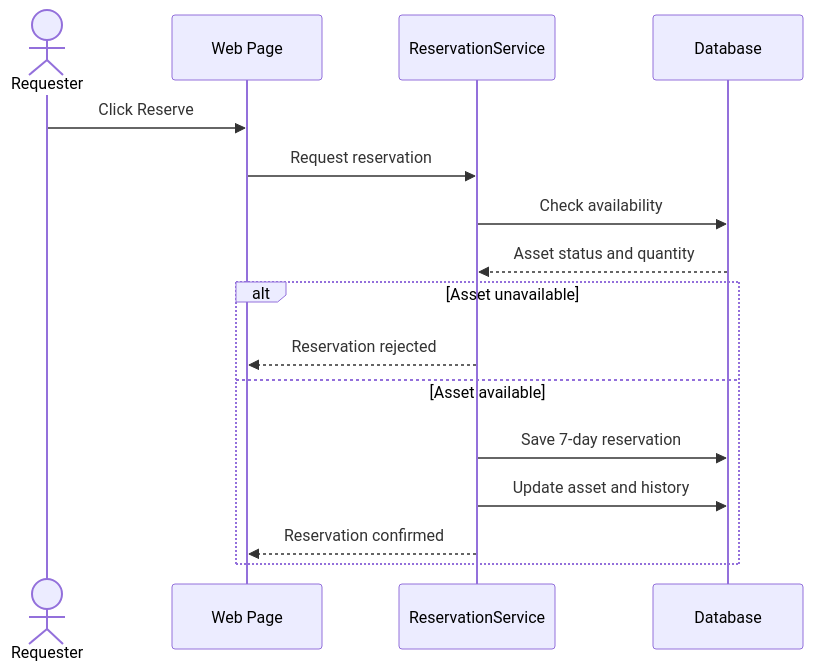
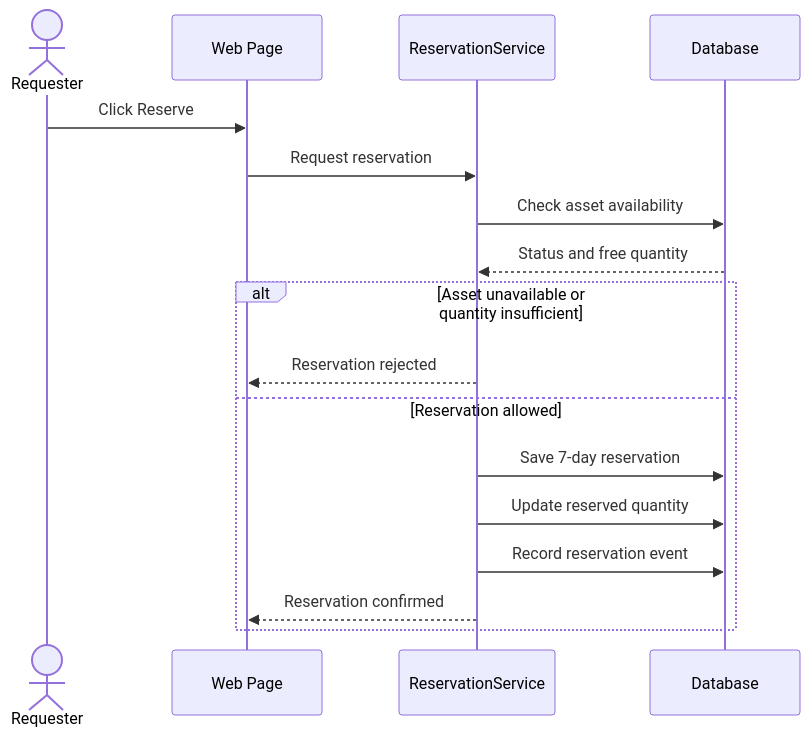
Before and after one commit to Abdulla66541/COSC336-GROUP5: the seventh of 12 diagrams in phase 4-5/01_part1_assets_marketplace_requests.md, drawn with Mermaid. The commit also changed other lines of this file, not shown here.

First line of the commit message:
Revise asset marketplace use case documentation

````diff
--- a/phase 4-5/01_part1_assets_marketplace_requests.md
+++ b/phase 4-5/01_part1_assets_marketplace_requests.md
@@ -462,20 +320,21 @@
 ```mermaid
 sequenceDiagram
     actor RQ as Requester
     participant UI as Web Page
     participant S as ReservationService
     participant DB as Database
 
     RQ->>UI: Click Reserve
     UI->>S: Request reservation
-    S->>DB: Check availability
-    DB-->>S: Asset status and quantity
+    S->>DB: Check asset availability
+    DB-->>S: Status and free quantity
 
-    alt Asset unavailable
+    alt Asset unavailable or quantity insufficient
         S-->>UI: Reservation rejected
-    else Asset available
+    else Reservation allowed
         S->>DB: Save 7-day reservation
-        S->>DB: Update asset and history
+        S->>DB: Update reserved quantity
+        S->>DB: Record reservation event
         S-->>UI: Reservation confirmed
     end
 ```
````
